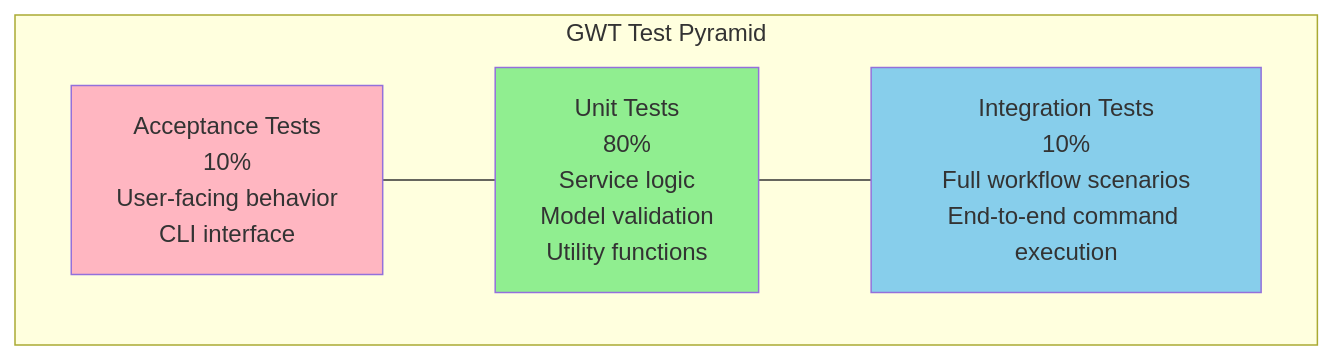
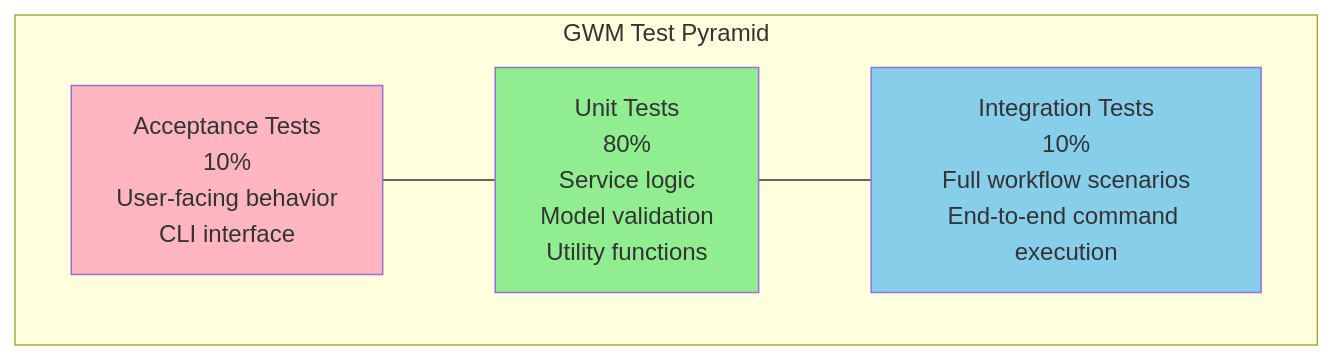
Before and after one commit to timovandeput/gwm: diagram 12 of 15 in docs/ARCHITECTURE.md, drawn with Mermaid. The commit also changed other lines of this file and 19 other files, not shown here.

Commit message:
refactor: rename GWT to GWM across the project and update related documentation

````diff
--- a/docs/ARCHITECTURE.md
+++ b/docs/ARCHITECTURE.md
@@ -503,15 +503,15 @@
 ```mermaid
 graph TD
-    subgraph Pyramid["GWT Test Pyramid"]
+    subgraph Pyramid["GWM Test Pyramid"]
         AT["Acceptance Tests<br/>10%<br/>User-facing behavior<br/>CLI interface"]
         UT["Unit Tests<br/>80%<br/>Service logic<br/>Model validation<br/>Utility functions"]
         IT["Integration Tests<br/>10%<br/>Full workflow scenarios<br/>End-to-end command execution"]
     end
     
     AT --- UT
     UT --- IT
     
     style UT fill:#90EE90
     style IT fill:#87CEEB
     style AT fill:#FFB6C1
 ```
````
